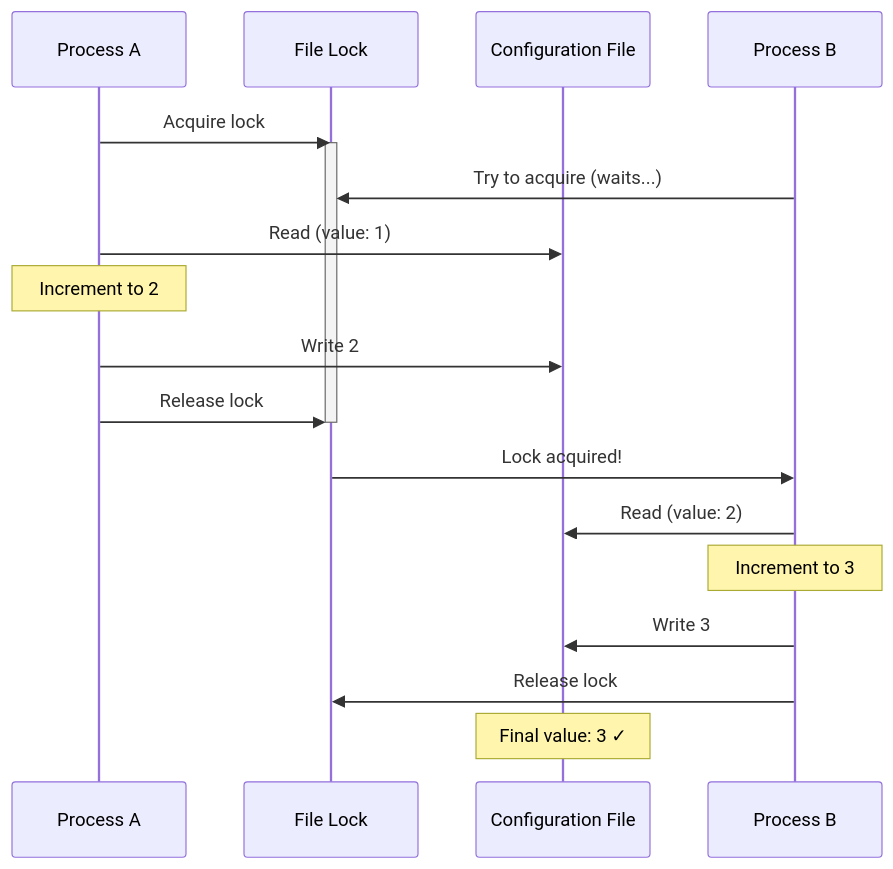
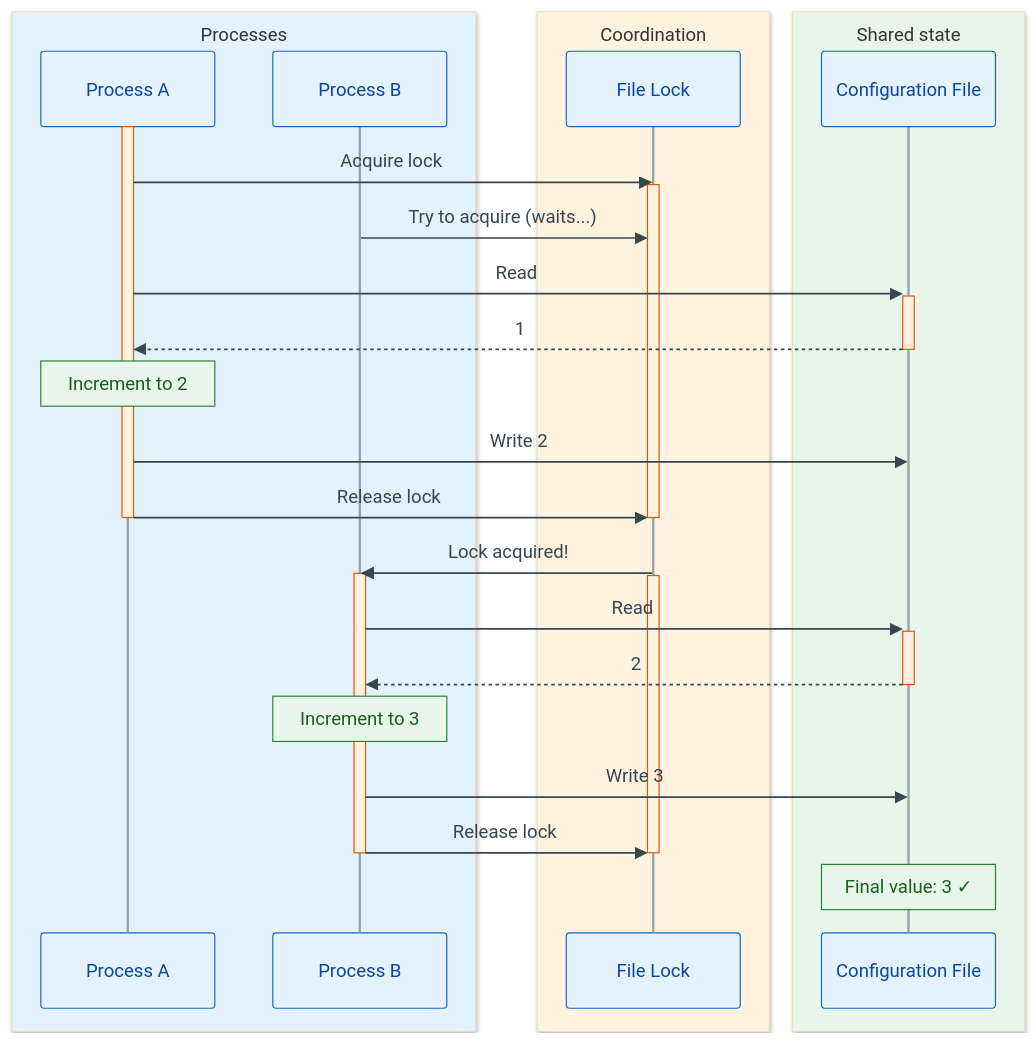
Before and after one commit to tox-dev/filelock: the second of 4 diagrams in docs/concepts.rst, drawn with Mermaid. The commit also changed other lines of this file and 13 other files, not shown here.

First line of the commit message:
Document every lock type, and stop evicting a marker we cannot read (#672)

```diff
--- a/docs/concepts.rst
+++ b/docs/concepts.rst
@@ -36,21 +47,36 @@
 .. mermaid::
 
+    %%{init: {'theme':'base','themeVariables':{'actorBkg':'#e3f2fd','actorBorder':'#1565c0','actorTextColor':'#0d47a1','actorLineColor':'#90a4ae','activationBkgColor':'#fff3e0','activationBorderColor':'#e65100','noteBkgColor':'#e8f5e9','noteBorderColor':'#2e7d32','noteTextColor':'#1b5e20','signalColor':'#37474f','signalTextColor':'#37474f','labelBoxBkgColor':'#ede7f6','labelBoxBorderColor':'#4527a0','labelTextColor':'#311b92','loopTextColor':'#311b92'}}}%%
     sequenceDiagram
-        participant A as Process A
-        participant Lock as File Lock
-        participant File as Configuration File
-        participant B as Process B
+        box rgb(227, 242, 253) Processes
+            participant A as Process A
+            participant B as Process B
+        end
+        box rgb(255, 243, 224) Coordination
+            participant Lock as File Lock
+        end
+        box rgb(232, 245, 233) Shared state
+            participant File as Configuration File
+        end
+        activate A
         A->>Lock: Acquire lock
         activate Lock
         B->>Lock: Try to acquire (waits...)
-        A->>File: Read (value: 1)
+        A->>+File: Read
+        File-->>-A: 1
         Note over A: Increment to 2
         A->>File: Write 2
         A->>Lock: Release lock
         deactivate Lock
+        deactivate A
         Lock->>B: Lock acquired!
-        B->>File: Read (value: 2)
+        activate B
+        activate Lock
+        B->>+File: Read
+        File-->>-B: 2
         Note over B: Increment to 3
         B->>File: Write 3
         B->>Lock: Release lock
+        deactivate Lock
+        deactivate B
         Note over File: Final value: 3 ✓
```
